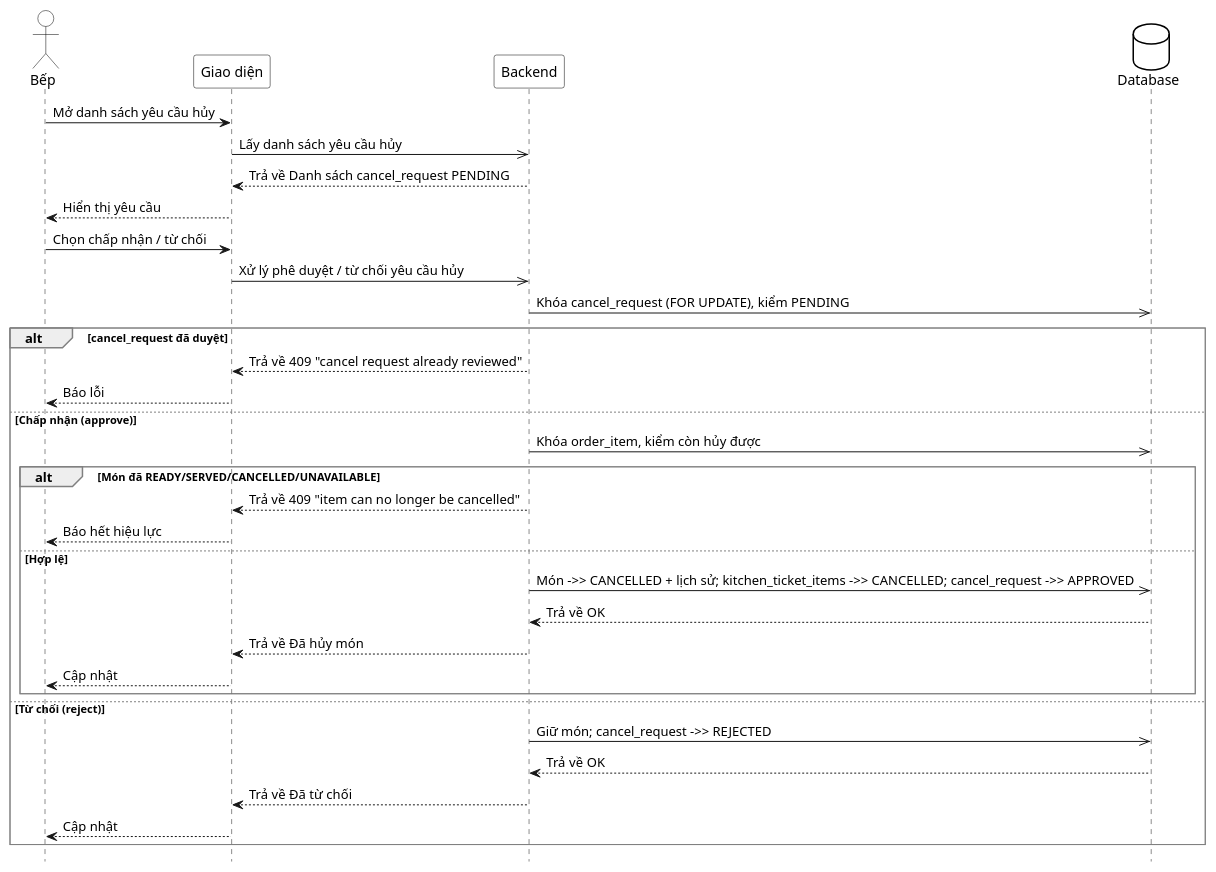
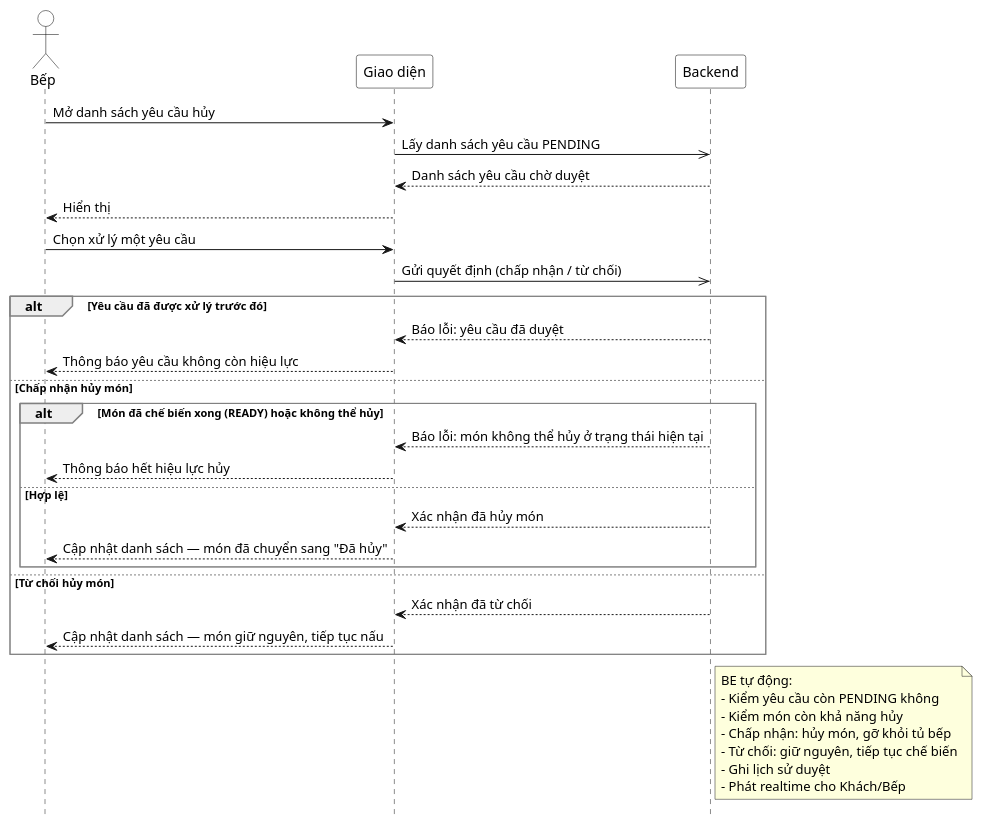
Before and after one commit to thanhhoa3514/restaurant-management: the first of 2 diagrams in docs/use-cases/uc-bep-18-xu-ly-yeu-cau-huy-mon.md, drawn with PlantUML. The commit also changed other lines of this file and 98 other files, not shown here.

````diff
--- a/docs/use-cases/uc-bep-18-xu-ly-yeu-cau-huy-mon.md
+++ b/docs/use-cases/uc-bep-18-xu-ly-yeu-cau-huy-mon.md
@@ -62,53 +62,51 @@
 ```plantuml
 @startuml
 hide footbox
 skinparam participant {
  BackgroundColor White
  BorderColor Black
 }
 skinparam actor {
  BackgroundColor White
  BorderColor Black
 }
-skinparam database {
- BackgroundColor White
- BorderColor Black
-}
 skinparam sequenceGroupBorderThickness 1
 skinparam sequenceGroupBorderColor Gray
 actor "Bếp" as A
 participant "Giao diện" as UI
 participant "Backend" as BE
-database "Database" as DB
 
 A -> UI : Mở danh sách yêu cầu hủy
-UI ->> BE : Lấy danh sách yêu cầu hủy
-BE --> UI : Trả về Danh sách cancel_request PENDING
-UI --> A : Hiển thị yêu cầu
+UI ->> BE : Lấy danh sách yêu cầu PENDING
+BE --> UI : Danh sách yêu cầu chờ duyệt
+UI --> A : Hiển thị
 
-A -> UI : Chọn chấp nhận / từ chối
-UI ->> BE : Xử lý phê duyệt / từ chối yêu cầu hủy
-BE ->> DB : Khóa cancel_request (FOR UPDATE), kiểm PENDING
+A -> UI : Chọn xử lý một yêu cầu
+UI ->> BE : Gửi quyết định (chấp nhận / từ chối)
 
-alt cancel_request đã duyệt
- BE --> UI : Trả về 409 "cancel request already reviewed"
- UI --> A : Báo lỗi
-else Chấp nhận (approve)
- BE ->> DB : Khóa order_item, kiểm còn hủy được
- alt Món đã READY/SERVED/CANCELLED/UNAVAILABLE
- BE --> UI : Trả về 409 "item can no longer be cancelled"
- UI --> A : Báo hết hiệu lực
+alt Yêu cầu đã được xử lý trước đó
+ BE --> UI : Báo lỗi: yêu cầu đã duyệt
+ UI --> A : Thông báo yêu cầu không còn hiệu lực
+else Chấp nhận hủy món
+ alt Món đã chế biến xong (READY) hoặc không thể hủy
+  BE --> UI : Báo lỗi: món không thể hủy ở trạng thái hiện tại
+  UI --> A : Thông báo hết hiệu lực hủy
  else Hợp lệ
- BE ->> DB : Món ->> CANCELLED + lịch sử; kitchen_ticket_items ->> CANCELLED; cancel_request ->> APPROVED
- DB --> BE : Trả về OK
- BE --> UI : Trả về Đã hủy món
- UI --> A : Cập nhật
+  BE --> UI : Xác nhận đã hủy món
+  UI --> A : Cập nhật danh sách — món đã chuyển sang "Đã hủy"
  end
-else Từ chối (reject)
- BE ->> DB : Giữ món; cancel_request ->> REJECTED
- DB --> BE : Trả về OK
- BE --> UI : Trả về Đã từ chối
- UI --> A : Cập nhật
+else Từ chối hủy món
+ BE --> UI : Xác nhận đã từ chối
+ UI --> A : Cập nhật danh sách — món giữ nguyên, tiếp tục nấu
 end
+note right of BE
+ BE tự động:
+ - Kiểm yêu cầu còn PENDING không
+ - Kiểm món còn khả năng hủy
+ - Chấp nhận: hủy món, gỡ khỏi tủ bếp
+ - Từ chối: giữ nguyên, tiếp tục chế biến
+ - Ghi lịch sử duyệt
+ - Phát realtime cho Khách/Bếp
+end note
 @enduml
 ```
````
